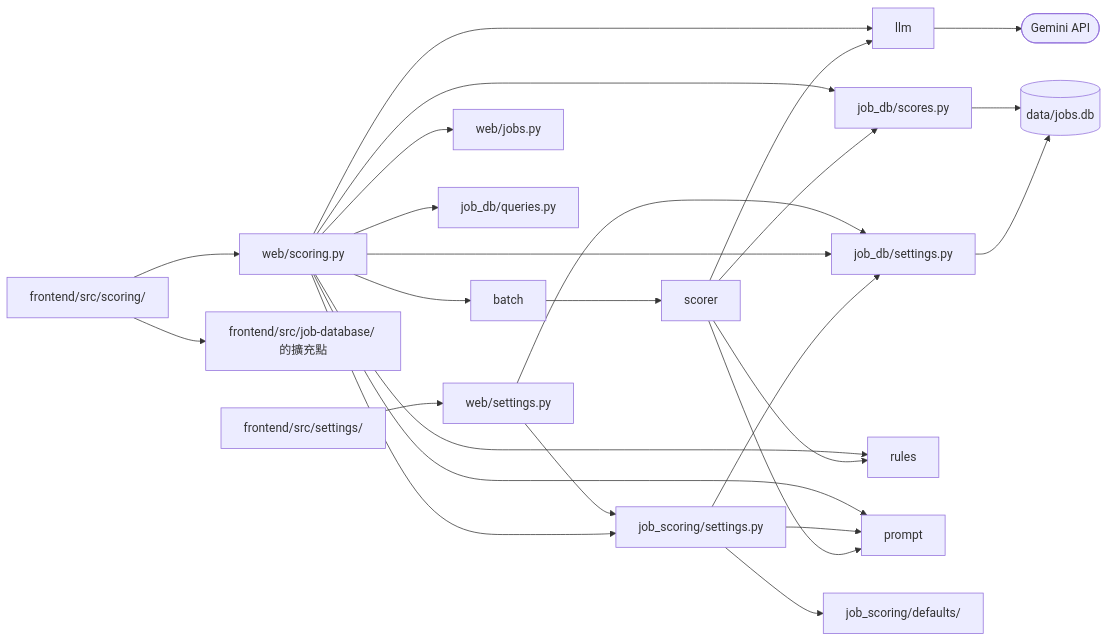
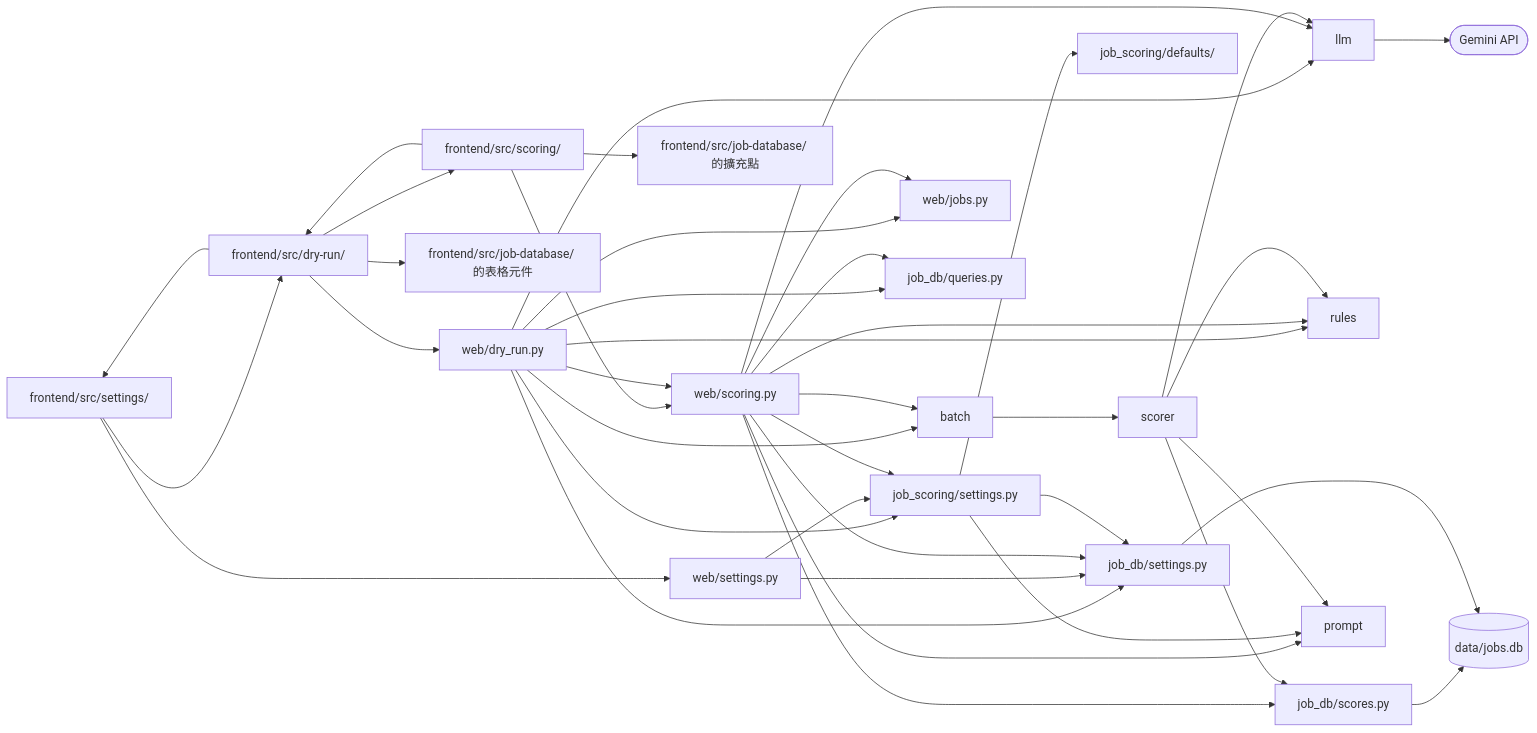
The first of 3 diagrams in docs/tech/tech-design/job-auto-scoring.md (dlhdb/job-matching), drawn with Mermaid before and after one commit. The commit also changed other lines of this file and 10 other files, not shown here.

````diff
--- a/docs/tech/tech-design/job-auto-scoring.md
+++ b/docs/tech/tech-design/job-auto-scoring.md
@@ -12,28 +13,42 @@
 ```mermaid
 flowchart LR
     page["frontend/src/settings/"] --> api["web/settings.py"]
+    page --> dry["frontend/src/dry-run/"]
     table["frontend/src/scoring/"] --> ext["frontend/src/job-database/ 的擴充點"]
     table --> sapi["web/scoring.py"]
+    table --> dry
+    dry --> table
+    dry --> page
+    dry --> tablecomp["frontend/src/job-database/ 的表格元件"]
+    dry --> dapi["web/dry_run.py"]
+    dapi --> sapi
+    dapi --> batch
+    dapi --> settings
+    dapi --> runner
+    dapi --> llm
+    dapi --> rules
+    dapi --> dbsettings
+    dapi --> queries
     api --> settings["job_scoring/settings.py"]
     api --> dbsettings["job_db/settings.py"]
     sapi --> batch
     sapi --> settings
     sapi --> scores
     sapi --> runner["web/jobs.py"]
     sapi --> llm
     sapi --> rules
     sapi --> prompt
     sapi --> dbsettings
     sapi --> queries["job_db/queries.py"]
     settings --> defaults["job_scoring/defaults/"]
     settings --> prompt
     settings --> dbsettings
     batch --> scorer
     scorer --> rules
     scorer --> prompt
     scorer --> llm
     scorer --> scores["job_db/scores.py"]
     llm --> gemini(["Gemini API"])
     scores --> db[("data/jobs.db")]
     dbsettings --> db
 ```
````
